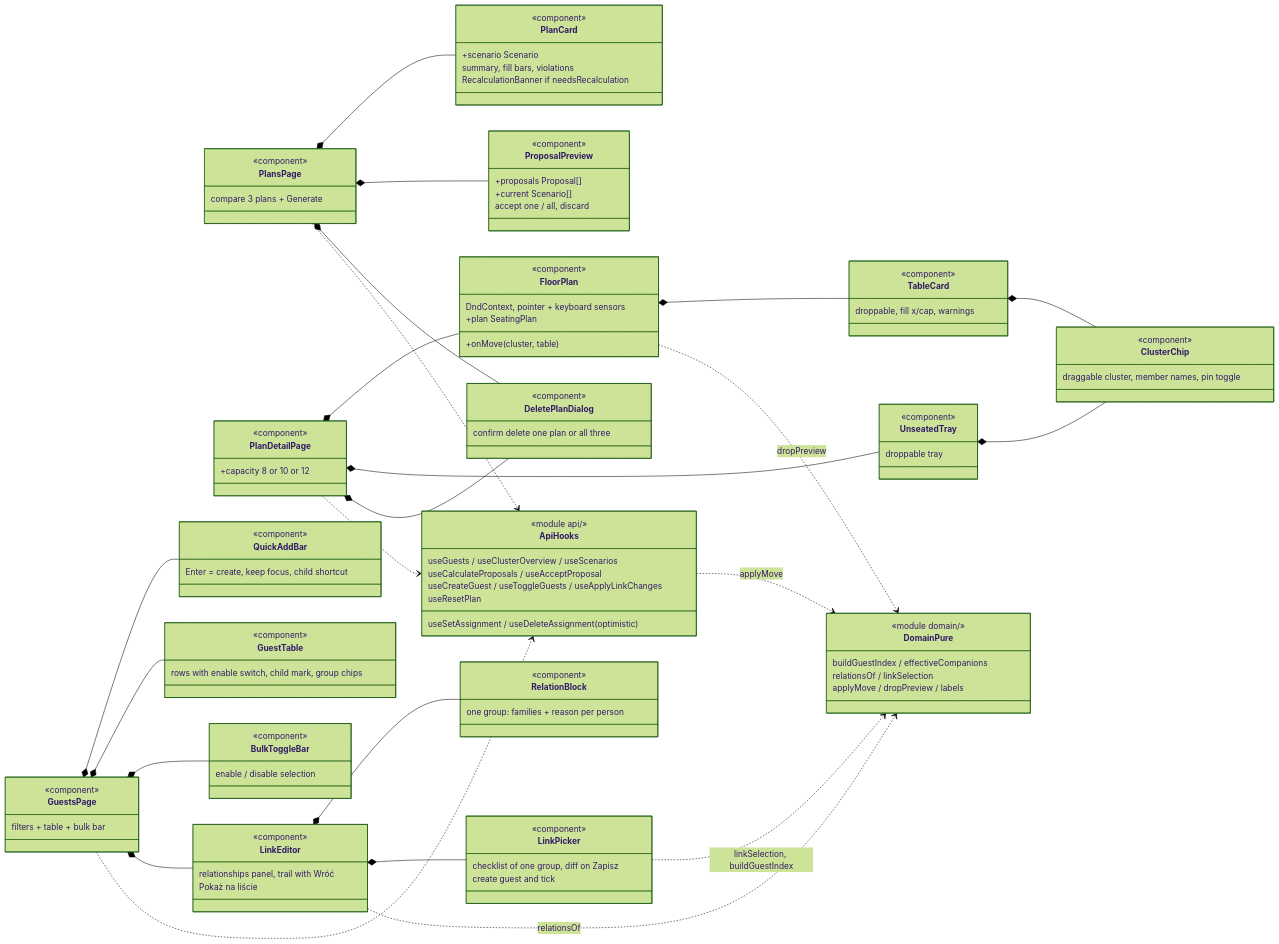
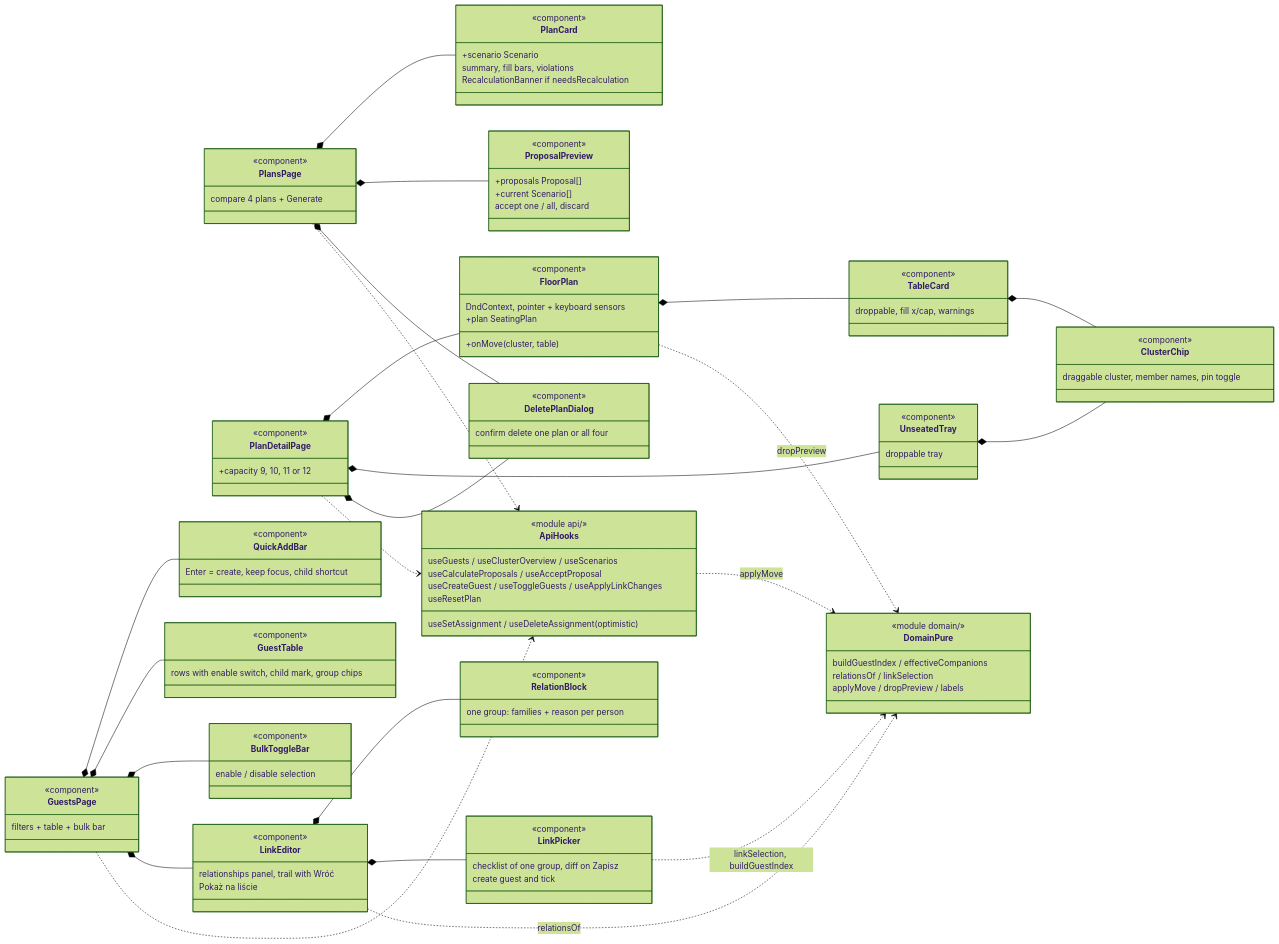
Before and after one commit to emicon123/wedding-seating-planner: the second of 2 diagrams in docs/architecture/diagrams/003-frontend-design.md, drawn with Mermaid (forest theme). The commit also changed other lines of this file and 22 other files, not shown here.

First line of the commit message:
feat(architecture): table capacities 9/10/11/12 and floor 8 (task 006, phase A)

```diff
--- a/docs/architecture/diagrams/003-frontend-design.md
+++ b/docs/architecture/diagrams/003-frontend-design.md
@@ -106,7 +106,7 @@
     direction LR
     class PlansPage {
         <<component>>
-        compare 3 plans + Generate
+        compare 4 plans + Generate
     }
     class PlanCard {
         <<component>>
@@ -122,7 +122,7 @@
     }
     class PlanDetailPage {
         <<component>>
-        +capacity 8 or 10 or 12
+        +capacity 9, 10, 11 or 12
     }
     class FloorPlan {
         <<component>>
@@ -174,7 +174,7 @@
     }
     class DeletePlanDialog {
         <<component>>
-        confirm delete one plan or all three
+        confirm delete one plan or all four
     }
     class ApiHooks {
         <<module api/>>
```
